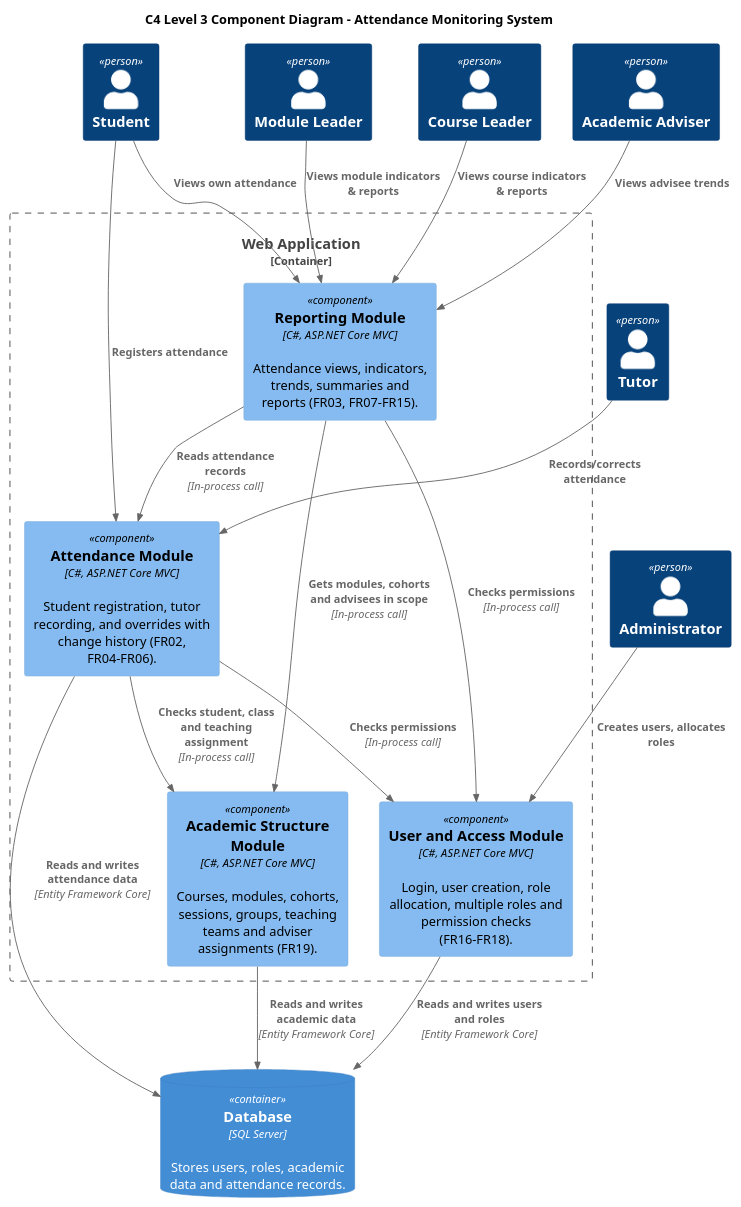
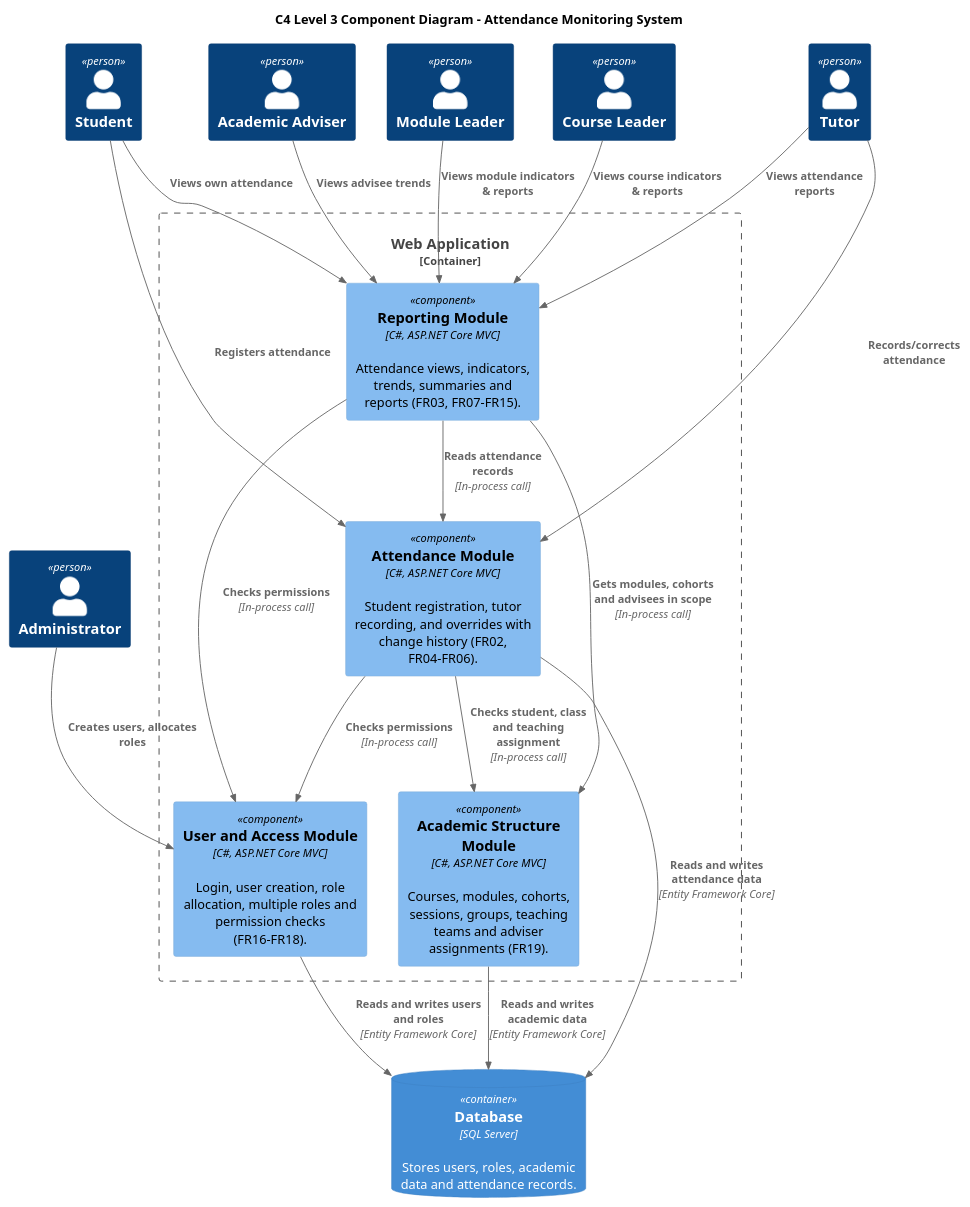
One commit to Shelly855/attendance-monitoring-copy changed the diagram in diagrams/c4-level3-diagram.puml. Above: the diagram before and after it, drawn with PlantUML. The commit also changed 7 other files, not shown here.

Commit message:
diagrams

```diff
--- a/diagrams/c4-level3-diagram.puml
+++ b/diagrams/c4-level3-diagram.puml
@@ -1,38 +1,39 @@
 @startuml AttendanceMonitoringSystemC4L3
 title C4 Level 3 Component Diagram – Attendance Monitoring System
 !include https://raw.githubusercontent.com/plantuml-stdlib/C4-PlantUML/master/C4_Component.puml
 
 Person(student, "Student")
 Person(tutor, "Tutor")
 Person(moduleLeader, "Module Leader")
 Person(courseLeader, "Course Leader")
 Person(adviser, "Academic Adviser")
 Person(admin, "Administrator")
 
 Container_Boundary(web, "Web Application") {
     Component(attendance, "Attendance Module", "C#, ASP.NET Core MVC", "Student registration, tutor recording, and overrides with change history (FR02, FR04-FR06).")
     Component(reporting, "Reporting Module", "C#, ASP.NET Core MVC", "Attendance views, indicators, trends, summaries and reports (FR03, FR07-FR15).")
     Component(access, "User and Access Module", "C#, ASP.NET Core MVC", "Login, user creation, role allocation, multiple roles and permission checks (FR16-FR18).")
     Component(academic, "Academic Structure Module", "C#, ASP.NET Core MVC", "Courses, modules, cohorts, sessions, groups, teaching teams and adviser assignments (FR19).")
 }
 
 ContainerDb(db, "Database", "SQL Server", "Stores users, roles, academic data and attendance records.")
 
 Rel(student, attendance, "Registers attendance")
 Rel(student, reporting, "Views own attendance")
 Rel(tutor, attendance, "Records/corrects attendance")
+Rel(tutor, reporting, "Views attendance reports")
 Rel(moduleLeader, reporting, "Views module indicators & reports")
 Rel(courseLeader, reporting, "Views course indicators & reports")
 Rel(adviser, reporting, "Views advisee trends")
 Rel(admin, access, "Creates users, allocates roles")
 
 Rel(attendance, academic, "Checks student, class and teaching assignment", "In-process call")
 Rel(attendance, access, "Checks permissions", "In-process call")
 Rel(reporting, attendance, "Reads attendance records", "In-process call")
 Rel(reporting, academic, "Gets modules, cohorts and advisees in scope", "In-process call")
 Rel(reporting, access, "Checks permissions", "In-process call")
 
 Rel(attendance, db, "Reads and writes attendance data", "Entity Framework Core")
 Rel(access, db, "Reads and writes users and roles", "Entity Framework Core")
 Rel(academic, db, "Reads and writes academic data", "Entity Framework Core")
 @enduml
```
